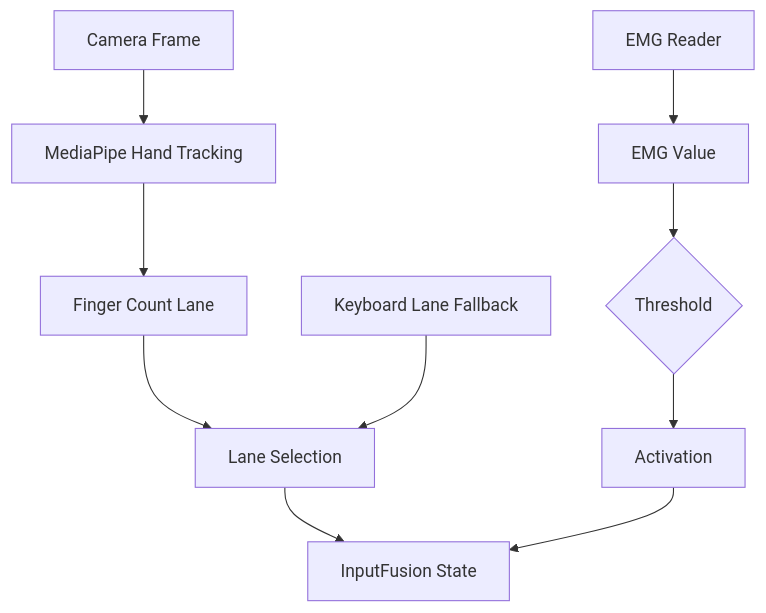
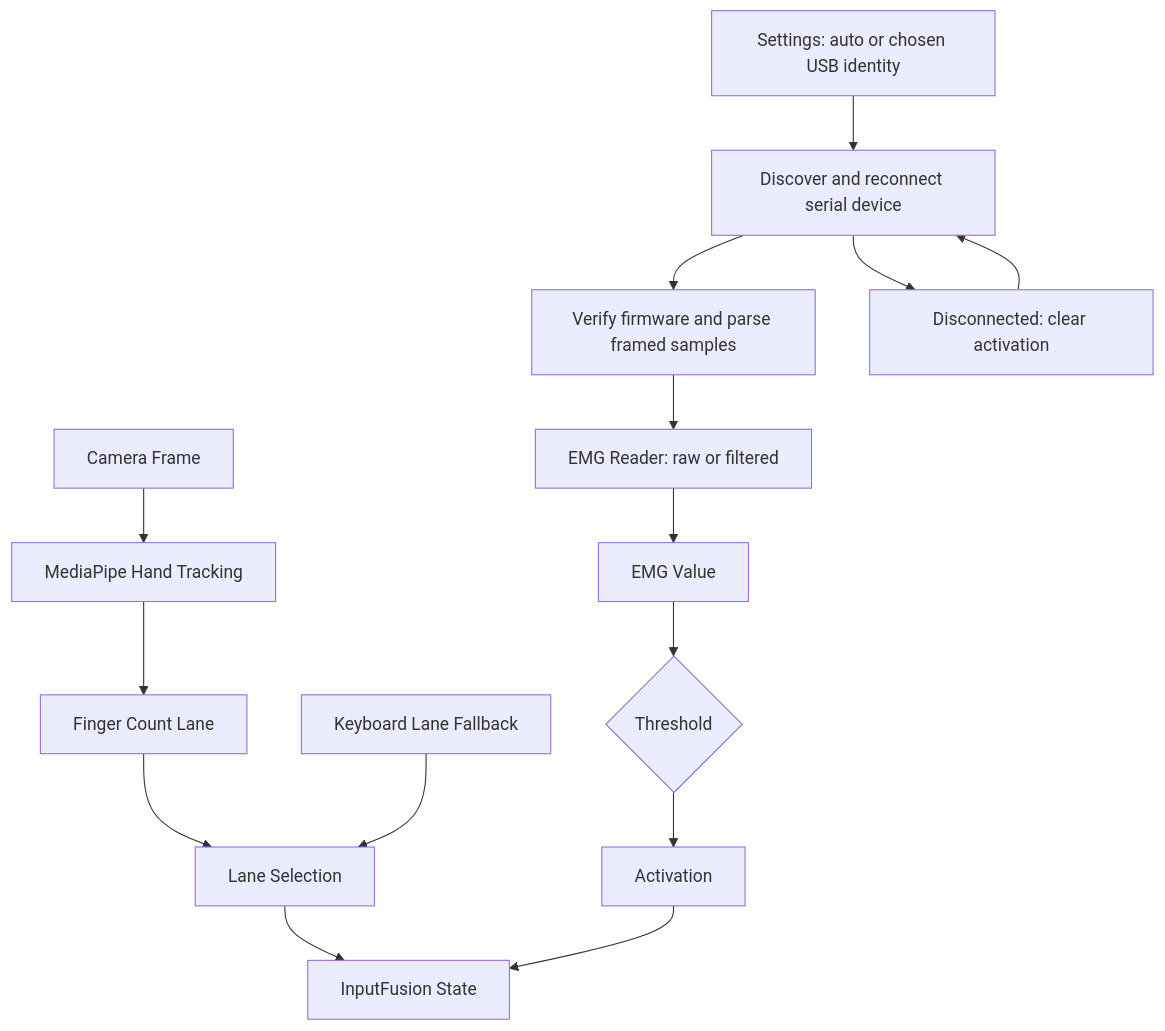
The diagram in diagrams/input-flow.md (didtjr5080/Rythm-Game), drawn with Mermaid before and after one commit. The commit also changed 20 other files, not shown here.

Commit message:
Add EMG device selection and reconnect with verified ESP8266 firmware

````diff
--- a/diagrams/input-flow.md
+++ b/diagrams/input-flow.md
@@ -3,12 +3,17 @@
 ```mermaid
 graph TD
     A[Camera Frame] --> B[MediaPipe Hand Tracking]
     B --> C[Finger Count Lane]
     C --> D[Lane Selection]
     E[Keyboard Lane Fallback] --> D
-    F[EMG Reader] --> G[EMG Value]
+    P[Settings: auto or chosen USB identity] --> Q[Discover and reconnect serial device]
+    Q --> R[Verify firmware and parse framed samples]
+    R --> F[EMG Reader: raw or filtered]
+    F --> G[EMG Value]
+    Q --> S[Disconnected: clear activation]
+    S --> Q
     G --> H{Threshold}
     H --> I[Activation]
     D --> J[InputFusion State]
     I --> J
 ```
````
